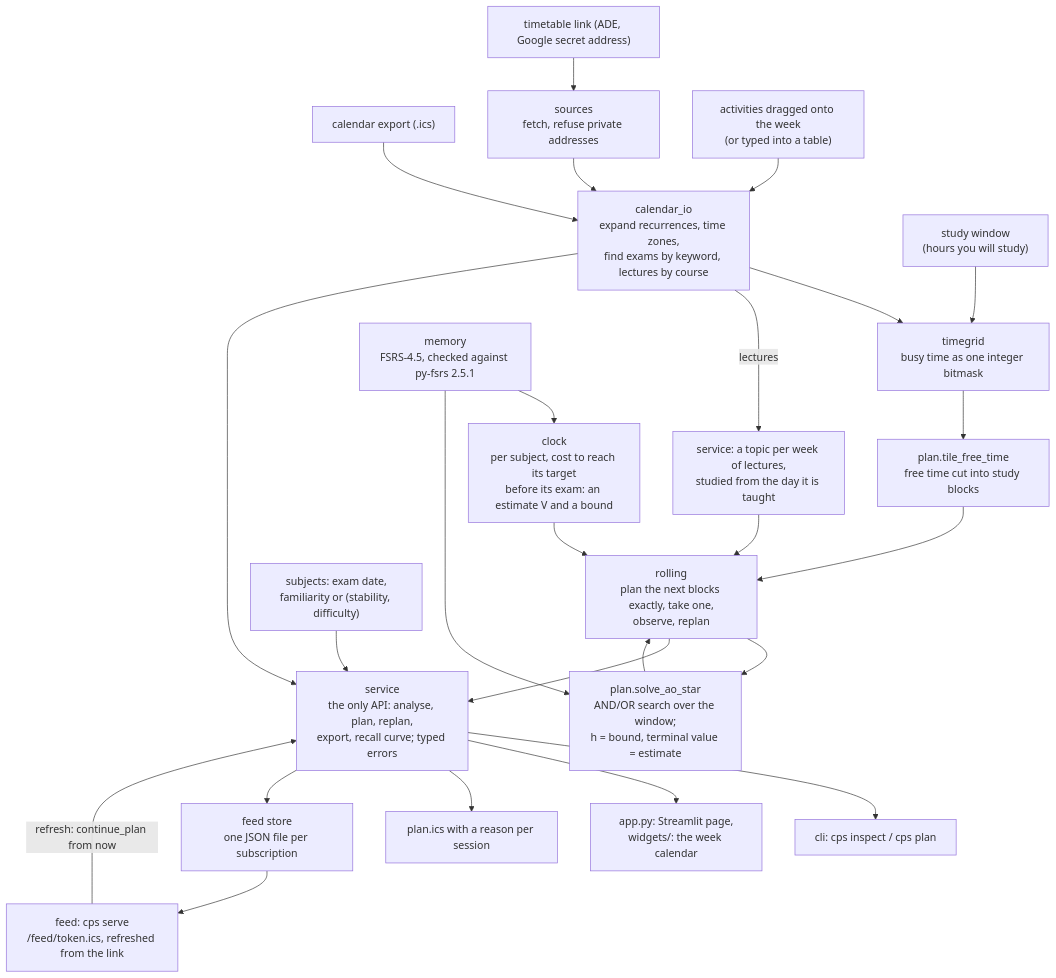
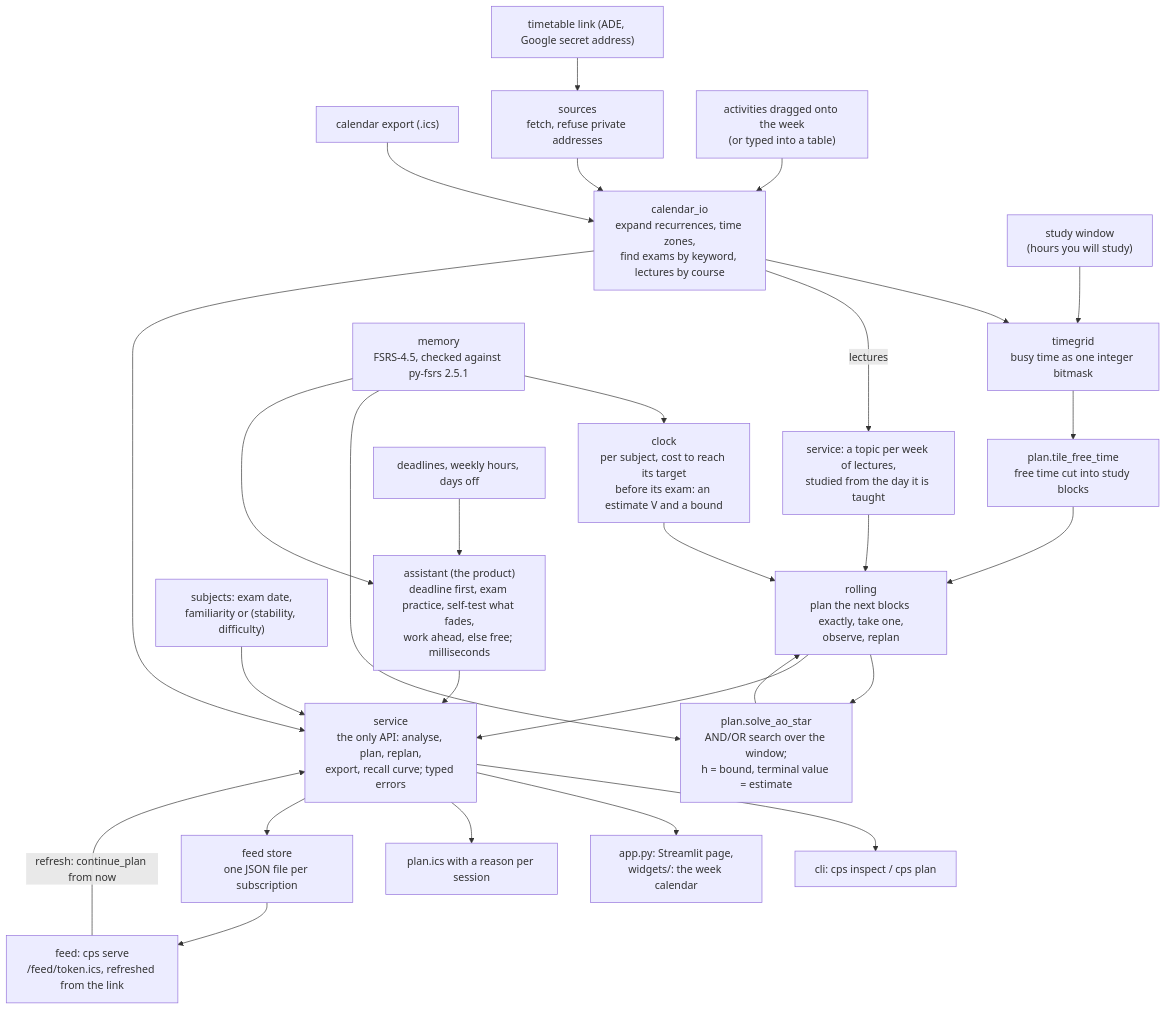
The diagram in docs/ARCHITECTURE.md (emanuelefrancescorestivo/Constrained-Path-Scheduler), drawn with Mermaid before and after one commit. The commit also changed other lines of this file and 15 other files, not shown here.

````diff
--- a/docs/ARCHITECTURE.md
+++ b/docs/ARCHITECTURE.md
@@ -6,31 +6,34 @@
 ```mermaid
 flowchart TD
     ICS["calendar export (.ics)"] --> CIO
     LINK["timetable link (ADE, Google secret address)"] --> SRC["sources<br/>fetch, refuse private addresses"]
     SRC --> CIO
     ROWS["activities dragged onto the week<br/>(or typed into a table)"] --> CIO
     CIO["calendar_io<br/>expand recurrences, time zones,<br/>find exams by keyword, lectures by course"] --> GRID
     WIN["study window<br/>(hours you will study)"] --> GRID
     GRID["timegrid<br/>busy time as one integer bitmask"] --> TILE
     TILE["plan.tile_free_time<br/>free time cut into study blocks"] --> ROLL
 
     SPEC["subjects: exam date,<br/>familiarity or (stability, difficulty)"] --> SVC
     CIO -- "lectures" --> TOPICS["service: a topic per week of lectures,<br/>studied from the day it is taught"]
     TOPICS --> ROLL
     MEM["memory<br/>FSRS-4.5, checked against py-fsrs 2.5.1"] --> CLOCK
     MEM --> AOSTAR
 
+    TASKS["deadlines, weekly hours, days off"] --> ASSIST
+    ASSIST["assistant (the product)<br/>deadline first, exam practice, self-test what fades,<br/>work ahead, else free; milliseconds"] --> SVC
+    MEM --> ASSIST
     CLOCK["clock<br/>per subject, cost to reach its target<br/>before its exam: an estimate V and a bound"] --> ROLL
     ROLL["rolling<br/>plan the next blocks exactly, take one,<br/>observe, replan"] --> AOSTAR
     AOSTAR["plan.solve_ao_star<br/>AND/OR search over the window;<br/>h = bound, terminal value = estimate"] --> ROLL
 
     SVC["service<br/>the only API: analyse, plan, replan,<br/>export, recall curve; typed errors"]
     CIO --> SVC
     ROLL --> SVC
     SVC --> CLI["cli: cps inspect / cps plan"]
     SVC --> APP["app.py: Streamlit page,<br/>widgets/: the week calendar"]
     SVC --> OUT["plan.ics with a reason per session"]
     SVC --> STORE["feed store<br/>one JSON file per subscription"]
     STORE --> FEED["feed: cps serve<br/>/feed/token.ics, refreshed from the link"]
     FEED -- "refresh: continue_plan from now" --> SVC
 ```
````
